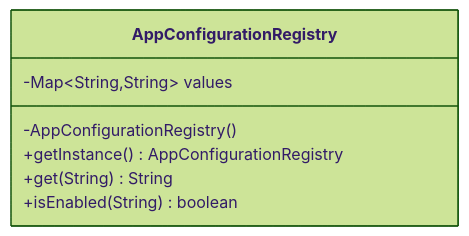
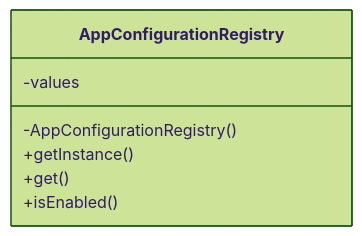
Before and after one commit to sandeepbhardwaj/sandeepbhardwaj.github.io: the diagram in _posts/2025-12-03-singleton-pattern-java-configuration-registry.md, drawn with Mermaid (forest theme). The commit also changed 85 other files, not shown here.

Commit message:
mermaid flow chart fixes

````diff
--- a/_posts/2025-12-03-singleton-pattern-java-configuration-registry.md
+++ b/_posts/2025-12-03-singleton-pattern-java-configuration-registry.md
@@ -81,10 +81,10 @@
 ```mermaid
 classDiagram
     class AppConfigurationRegistry {
-      -Map~String,String~ values
+      -values
       -AppConfigurationRegistry()
-      +getInstance() AppConfigurationRegistry
-      +get(String) String
-      +isEnabled(String) boolean
+      +getInstance()
+      +get()
+      +isEnabled()
     }
 ```
````
